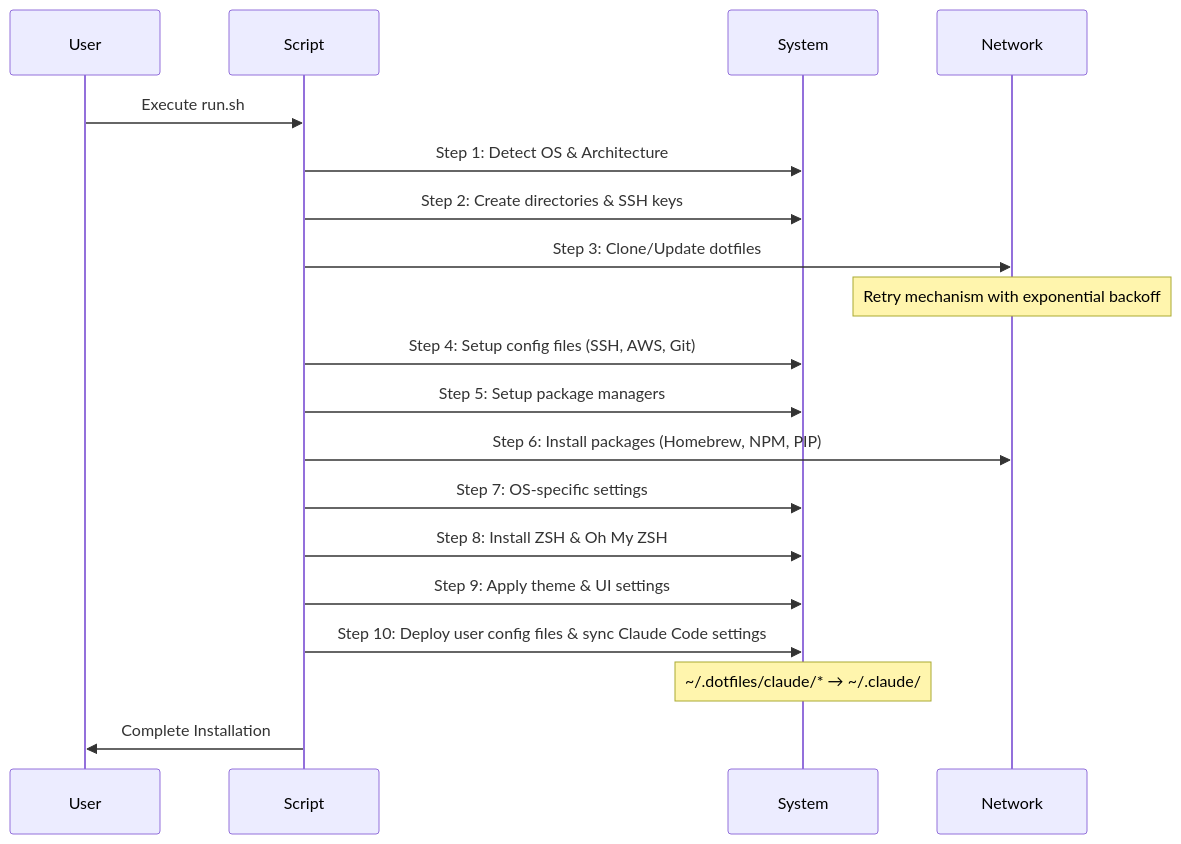
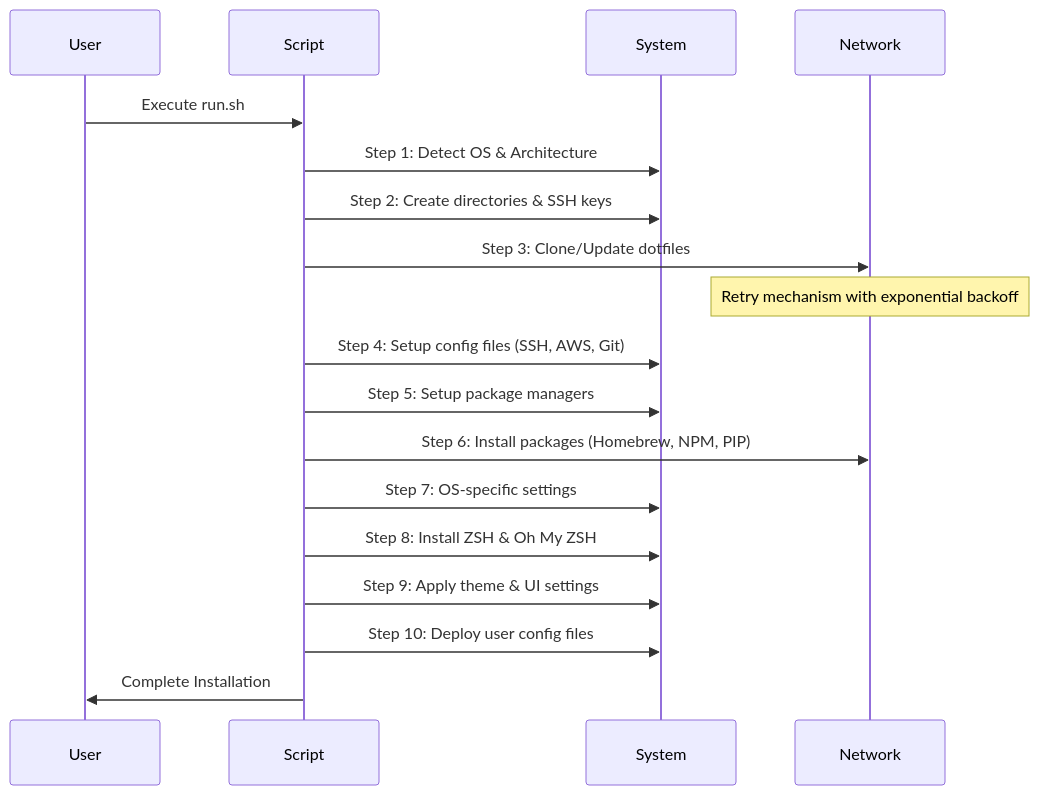
Before and after one commit to nalbam/dotfiles: the second of 2 diagrams in docs/ARCHITECTURE.md, drawn with Mermaid. The commit also changed other lines of this file and 5 other files, not shown here.

Commit message:
refactor: Remove Claude Code sync functionality and related documentation

````diff
--- a/docs/ARCHITECTURE.md
+++ b/docs/ARCHITECTURE.md
@@ -106,22 +90,21 @@
 ```mermaid
 sequenceDiagram
     participant User
     participant Script
     participant System
     participant Network
 
     User->>Script: Execute run.sh
     Script->>System: Step 1: Detect OS & Architecture
     Script->>System: Step 2: Create directories & SSH keys
     Script->>Network: Step 3: Clone/Update dotfiles
     Note over Network: Retry mechanism with exponential backoff
     Script->>System: Step 4: Setup config files (SSH, AWS, Git)
     Script->>System: Step 5: Setup package managers
     Script->>Network: Step 6: Install packages (Homebrew, NPM, PIP)
     Script->>System: Step 7: OS-specific settings
     Script->>System: Step 8: Install ZSH & Oh My ZSH
     Script->>System: Step 9: Apply theme & UI settings
-    Script->>System: Step 10: Deploy user config files & sync Claude Code settings
-    Note over System: ~/.dotfiles/claude/* → ~/.claude/
+    Script->>System: Step 10: Deploy user config files
     Script->>User: Complete Installation
 ```
````
